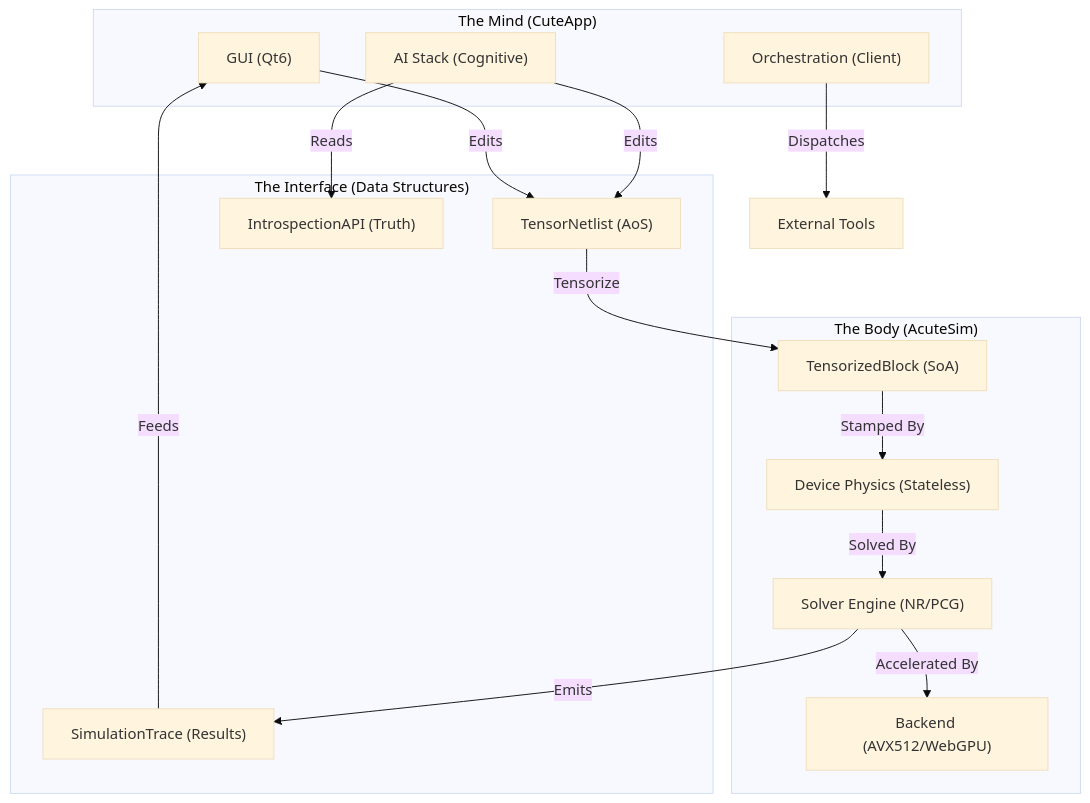
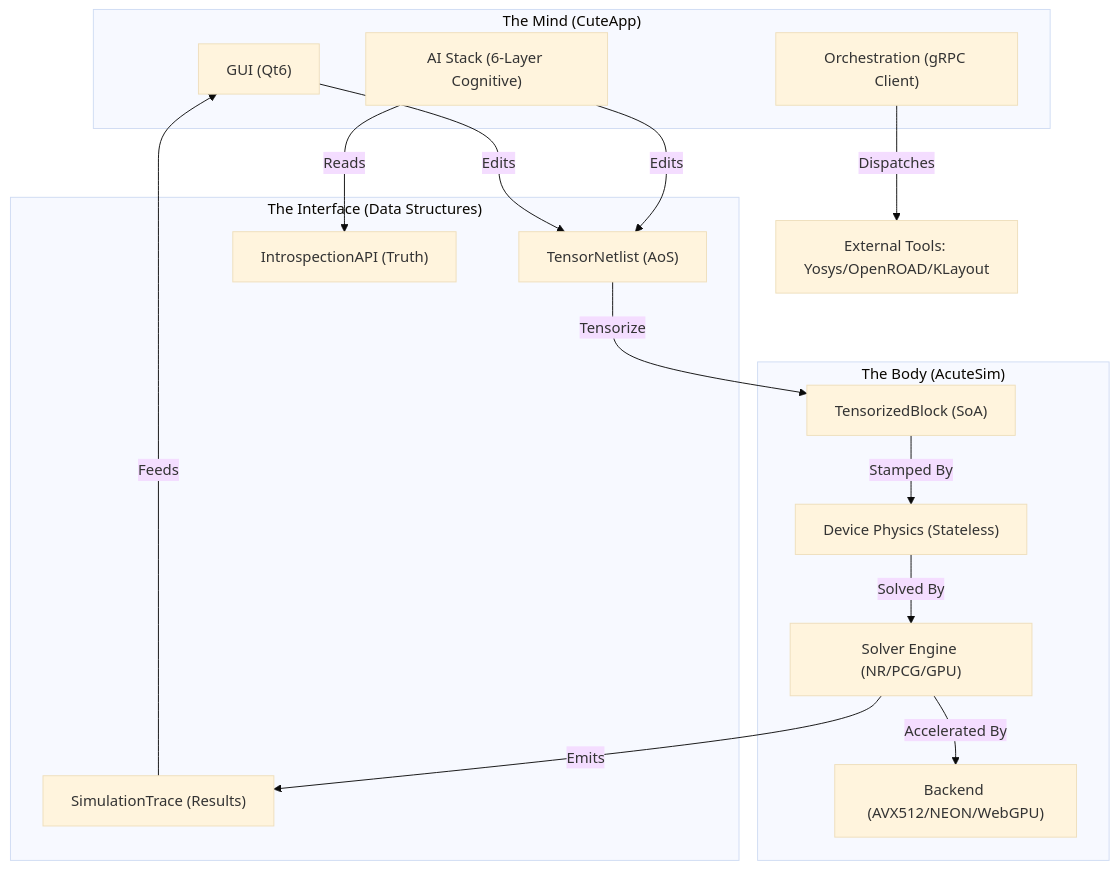
One commit to Seshak-code/OpenVLSI changed the diagram in context.md. Above: the diagram before and after it, drawn with Mermaid (base theme). The commit also changed other lines of this file and 13 other files, not shown here.

````diff
--- a/context.md
+++ b/context.md
@@ -11,33 +15,33 @@
 ```mermaid
 graph TD
     subgraph Mind ["The Mind (CuteApp)"]
         UI["GUI (Qt6)"]
-        AI["AI Stack (Cognitive)"]
-        Orch["Orchestration (Client)"]
+        AI["AI Stack (6-Layer Cognitive)"]
+        Orch["Orchestration (gRPC Client)"]
     end
 
     subgraph Interface ["The Interface (Data Structures)"]
         Def["TensorNetlist (AoS)"]
         State["SimulationTrace (Results)"]
         Intro["IntrospectionAPI (Truth)"]
     end
 
     subgraph Body ["The Body (AcuteSim)"]
         Tens["TensorizedBlock (SoA)"]
         Phys["Device Physics (Stateless)"]
-        Solv["Solver Engine (NR/PCG)"]
-        Kern["Backend (AVX512/WebGPU)"]
+        Solv["Solver Engine (NR/PCG/GPU)"]
+        Kern["Backend (AVX512/NEON/WebGPU)"]
     end
 
     UI -->|Edits| Def
     AI -->|Reads| Intro
     AI -->|Edits| Def
-    Orch -->|Dispatches| Ext[External Tools]
-    
+    Orch -->|Dispatches| Ext[External Tools: Yosys/OpenROAD/KLayout]
+
     Def -->|Tensorize| Tens
     Tens -->|Stamped By| Phys
     Phys -->|Solved By| Solv
     Solv -->|Accelerated By| Kern
     Solv -->|Emits| State
     State -->|Feeds| UI
 ```
````
